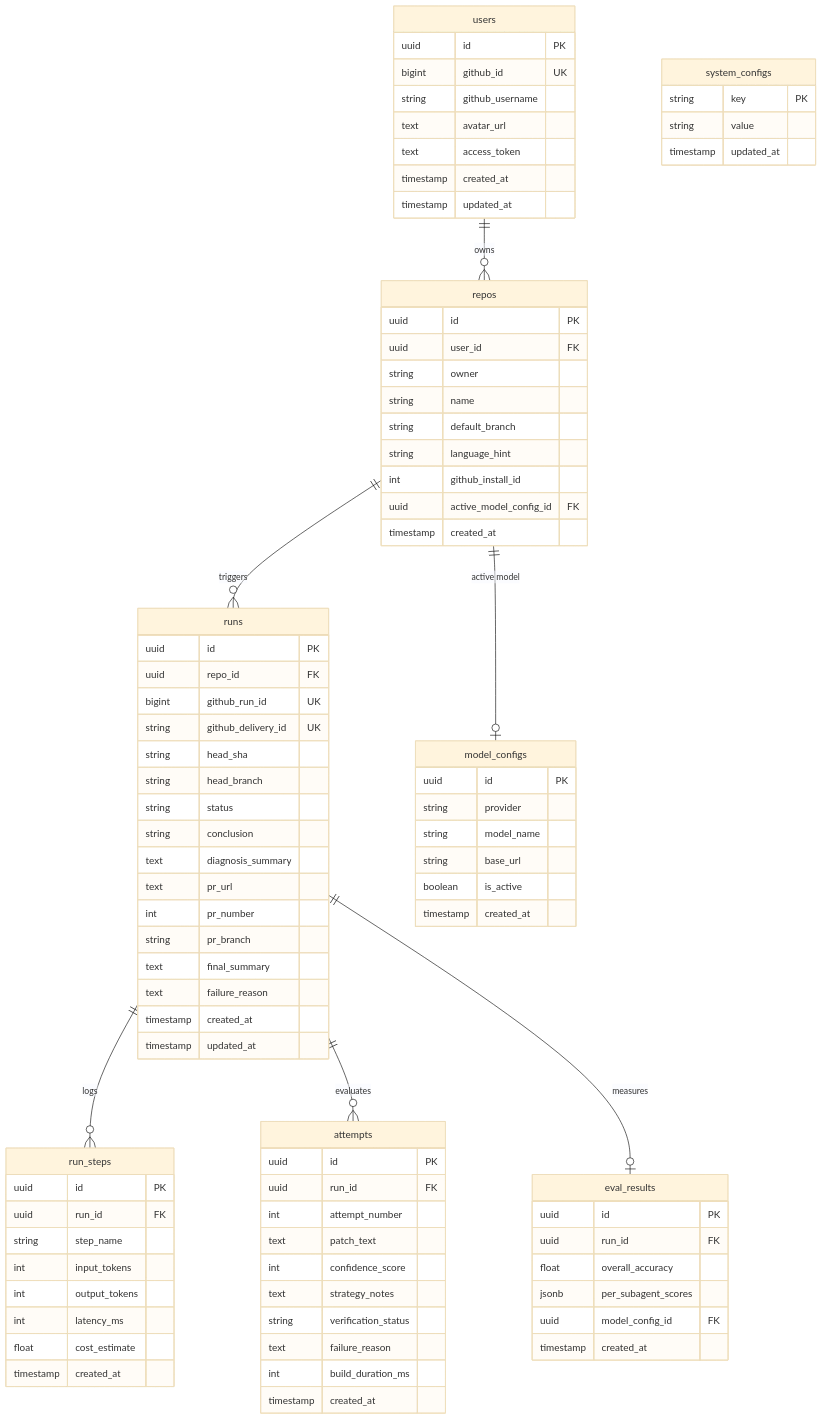
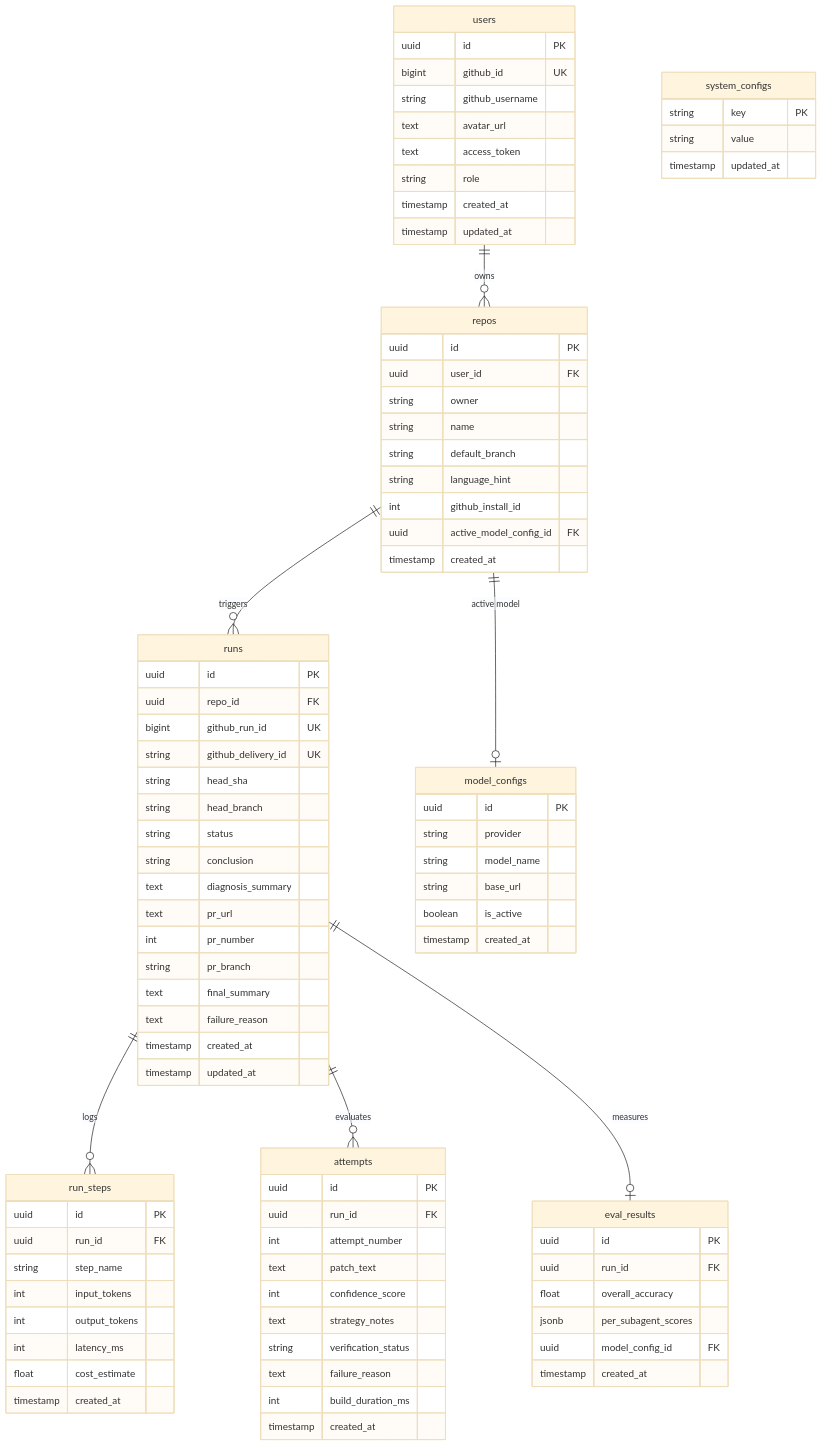
One commit to kaiizer777/Haunter changed the second of 2 diagrams in HAUNTER.md. Above: the diagram before and after it, drawn with Mermaid (base theme). The commit also changed other lines of this file and 15 other files, not shown here.

Commit message:
feat(trace): elevate run trace UI with tactile obsidian theme and aligned execution timeline

```diff
--- a/HAUNTER.md
+++ b/HAUNTER.md
@@ -379,6 +379,7 @@
         string github_username
         text avatar_url
         text access_token
+        string role
         timestamp created_at
         timestamp updated_at
     }
```
